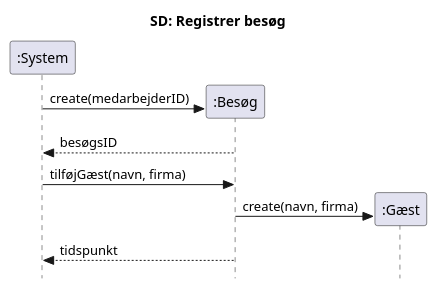
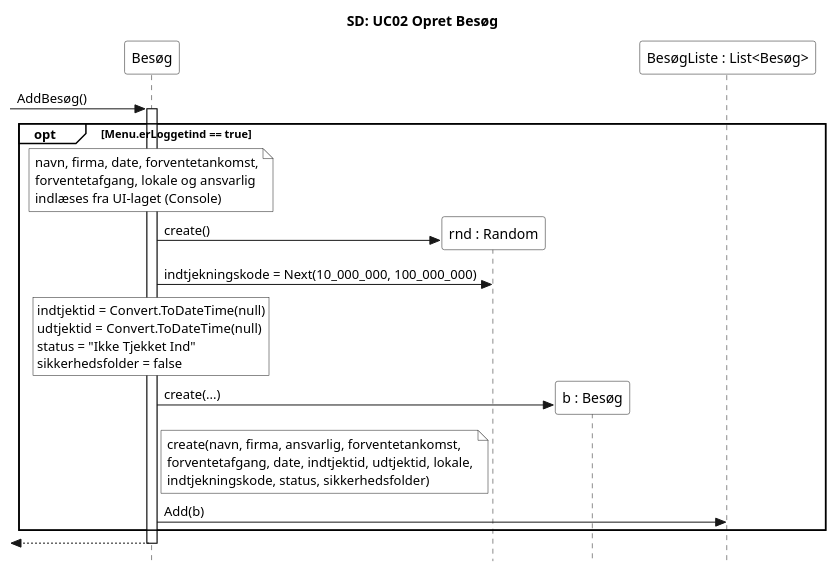
Before and after one commit to Zoabz/Hydac: the diagram in 5. Sekvens Diagram/5. Sekvens Diagram.puml, drawn with PlantUML.

Commit message:
sekvensdiagram

```diff
--- a/5. Sekvens Diagram/5. Sekvens Diagram.puml
+++ b/5. Sekvens Diagram/5. Sekvens Diagram.puml
@@ -1,17 +1,47 @@
 @startuml
 skinparam style strictuml
-title SD: Registrer besøg
-participant ":System" as S
-participant ":Besøg" as B
-participant ":Gæst" as G
+skinparam ParticipantBackgroundColor white
+skinparam NoteBackgroundColor white
+skinparam SequenceLifeLineBackgroundColor white
+skinparam SequenceGroupBackgroundColor white
+title SD: UC02 Opret Besøg
 
-create B
-S -> B : create(medarbejderID)
-S<-- B : besøgsID
+participant "Besøg" as BK
+participant "rnd : Random" as R
+participant "b : Besøg" as B
+participant "BesøgListe : List<Besøg>" as L
 
-S-> B : tilføjGæst(navn, firma)
-create G
-B -> G : create(navn, firma)
+[-> BK : AddBesøg()
+activate BK
 
-B --> S : tidspunkt
+opt Menu.erLoggetind == true
+    note over BK
+        navn, firma, date, forventetankomst,
+        forventetafgang, lokale og ansvarlig
+        indlæses fra UI-laget (Console)
+    end note
+
+    create R
+    BK -> R : create()
+    BK -> R : indtjekningskode = Next(10_000_000, 100_000_000)
+
+    rnote over BK
+        indtjektid = Convert.ToDateTime(null)
+        udtjektid = Convert.ToDateTime(null)
+        status = "Ikke Tjekket Ind"
+        sikkerhedsfolder = false
+    end rnote
+
+
+    create B
+    BK -> B : create(...)
+    note right of BK
+        create(navn, firma, ansvarlig, forventetankomst,
+        forventetafgang, date, indtjektid, udtjektid, lokale,
+        indtjekningskode, status, sikkerhedsfolder)
+    end note
+    BK -> L : Add(b)
+end
+[<-- BK
+deactivate BK
 @enduml
```
